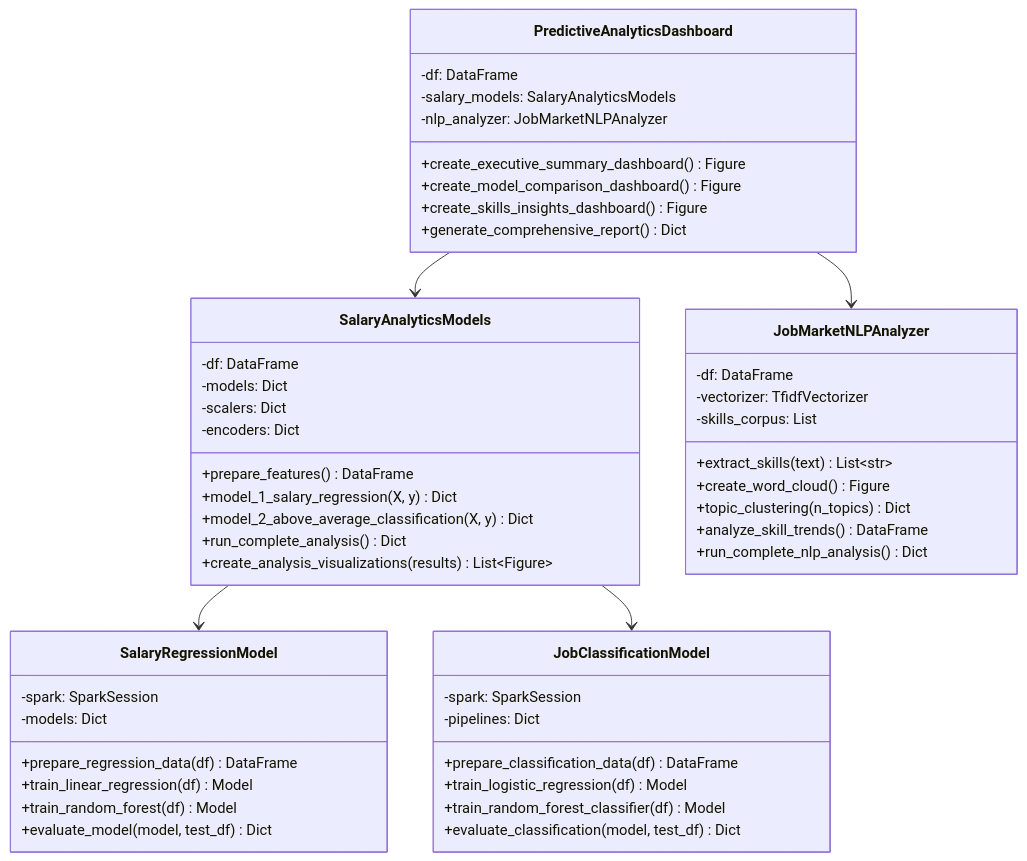
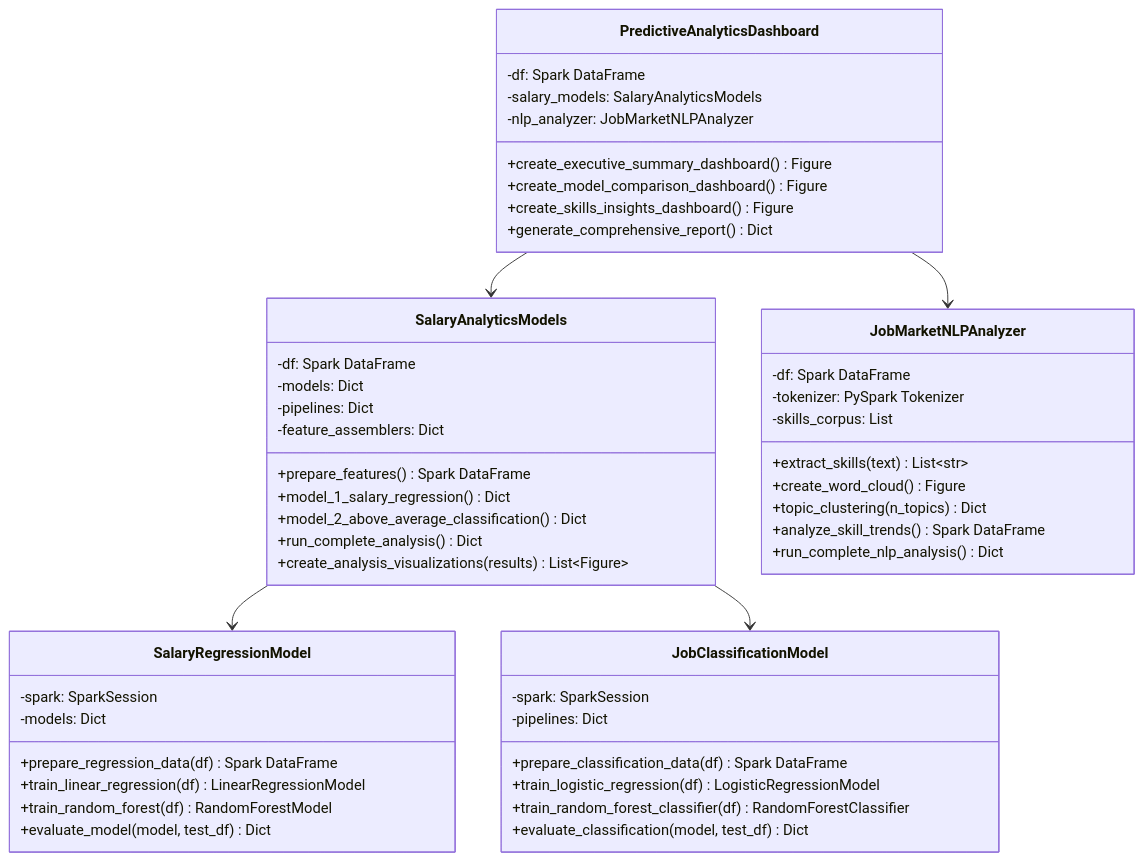
One commit to samarthya/ad688-scratch changed the eighth of 11 diagrams in ARCHITECTURE.md. Above: the diagram before and after it, drawn with Mermaid. The commit also changed other lines of this file and 27 other files, not shown here.

````diff
--- a/ARCHITECTURE.md
+++ b/ARCHITECTURE.md
@@ -424,58 +429,58 @@
 ```mermaid
 classDiagram
     class SalaryAnalyticsModels {
-        -df: DataFrame
+        -df: Spark DataFrame
         -models: Dict
-        -scalers: Dict
-        -encoders: Dict
-        +prepare_features() DataFrame
-        +model_1_salary_regression(X, y) Dict
-        +model_2_above_average_classification(X, y) Dict
+        -pipelines: Dict
+        -feature_assemblers: Dict
+        +prepare_features() Spark DataFrame
+        +model_1_salary_regression() Dict
+        +model_2_above_average_classification() Dict
         +run_complete_analysis() Dict
         +create_analysis_visualizations(results) List~Figure~
     }
 
     class JobMarketNLPAnalyzer {
-        -df: DataFrame
-        -vectorizer: TfidfVectorizer
+        -df: Spark DataFrame
+        -tokenizer: PySpark Tokenizer
         -skills_corpus: List
         +extract_skills(text) List~str~
         +create_word_cloud() Figure
         +topic_clustering(n_topics) Dict
-        +analyze_skill_trends() DataFrame
+        +analyze_skill_trends() Spark DataFrame
         +run_complete_nlp_analysis() Dict
     }
 
     class PredictiveAnalyticsDashboard {
-        -df: DataFrame
+        -df: Spark DataFrame
         -salary_models: SalaryAnalyticsModels
         -nlp_analyzer: JobMarketNLPAnalyzer
         +create_executive_summary_dashboard() Figure
         +create_model_comparison_dashboard() Figure
         +create_skills_insights_dashboard() Figure
         +generate_comprehensive_report() Dict
     }
 
     class SalaryRegressionModel {
         -spark: SparkSession
         -models: Dict
-        +prepare_regression_data(df) DataFrame
-        +train_linear_regression(df) Model
-        +train_random_forest(df) Model
+        +prepare_regression_data(df) Spark DataFrame
+        +train_linear_regression(df) LinearRegressionModel
+        +train_random_forest(df) RandomForestModel
         +evaluate_model(model, test_df) Dict
     }
 
     class JobClassificationModel {
         -spark: SparkSession
         -pipelines: Dict
-        +prepare_classification_data(df) DataFrame
-        +train_logistic_regression(df) Model
-        +train_random_forest_classifier(df) Model
+        +prepare_classification_data(df) Spark DataFrame
+        +train_logistic_regression(df) LogisticRegressionModel
+        +train_random_forest_classifier(df) RandomForestClassifier
         +evaluate_classification(model, test_df) Dict
     }
 
     PredictiveAnalyticsDashboard --> SalaryAnalyticsModels
     PredictiveAnalyticsDashboard --> JobMarketNLPAnalyzer
     SalaryAnalyticsModels --> SalaryRegressionModel
     SalaryAnalyticsModels --> JobClassificationModel
 ```
````
